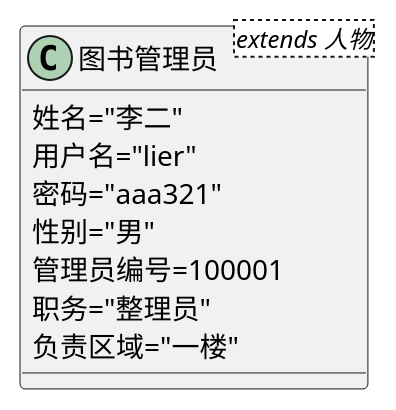
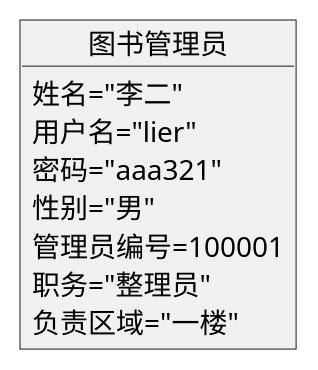
The diagram in test3/puml/manager.puml (YYttaa/is_analysis-2), drawn with PlantUML before and after one commit. The commit also changed 18 other files, not shown here.

```diff
--- a/test3/puml/manager.puml
+++ b/test3/puml/manager.puml
@@ -1,11 +1,11 @@
 @startuml
-class 图书管理员<extends 人物>{
+object 图书管理员{
     姓名="李二"
     用户名="lier"
     密码="aaa321"
     性别="男"
     管理员编号=100001
     职务="整理员"
     负责区域="一楼"
  }
 @enduml
```
